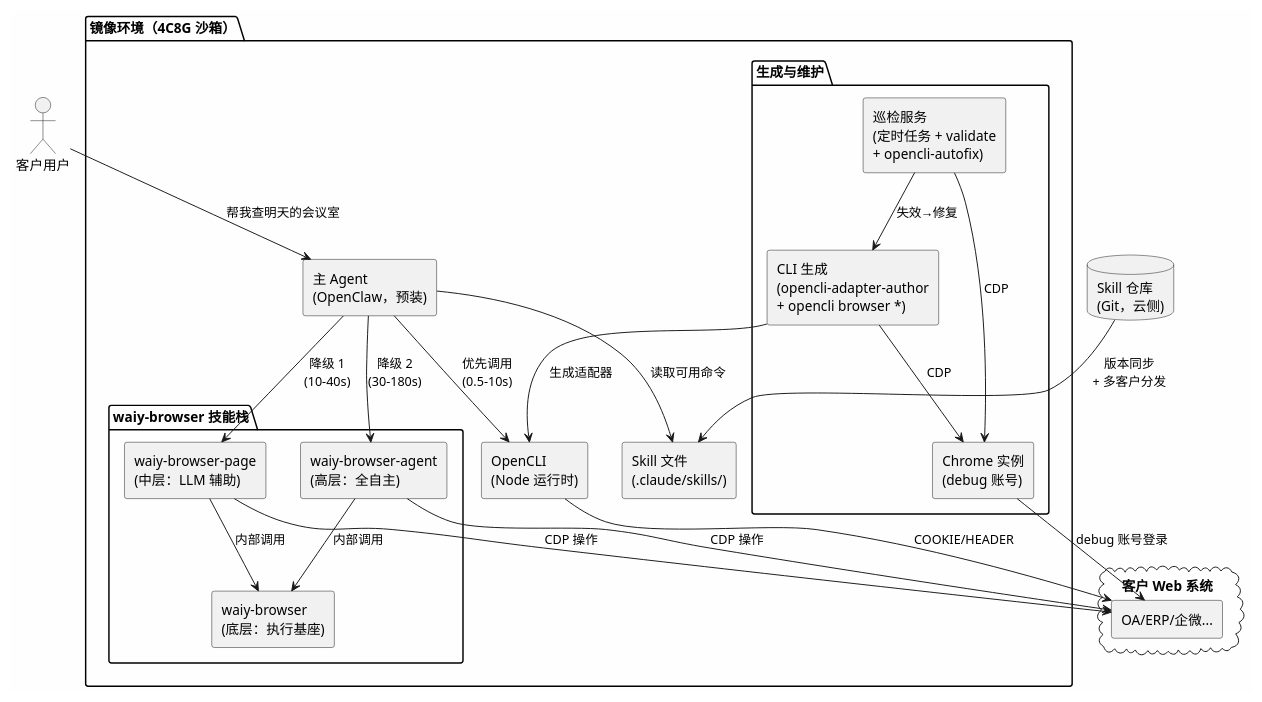
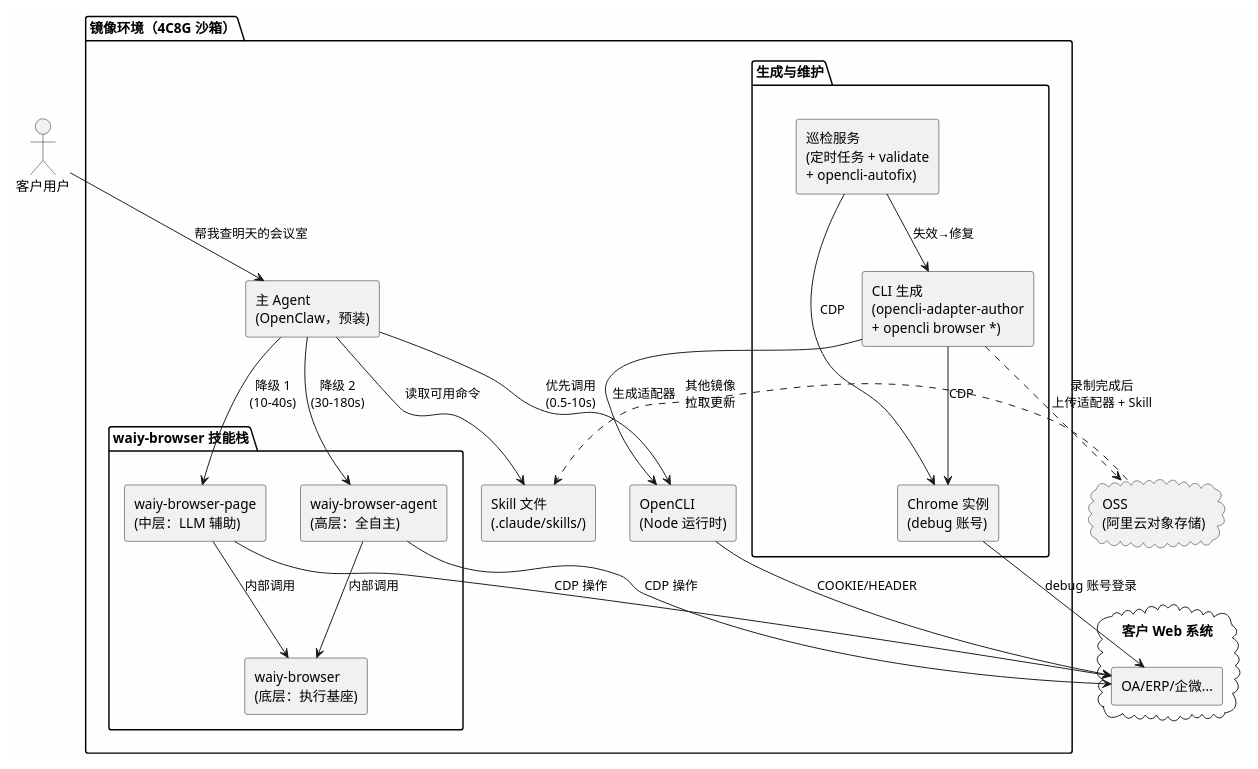
The fifth of 7 diagrams in doc/office-automation-architecture.md (shadow-cyan/OpenCLI), drawn with PlantUML before and after one commit. The commit also changed other lines of this file, not shown here.

First line of the commit message:
docs(architecture): replace Git repo with OSS distribution (沙箱→OSS→其他镜像)

````diff
--- a/doc/office-automation-architecture.md
+++ b/doc/office-automation-architecture.md
@@ -467,54 +467,55 @@
 ```plantuml
 @startuml
 skinparam componentStyle rectangle
 skinparam backgroundColor #FEFEFE
 
 actor "客户用户" as User
 
 package "镜像环境（4C8G 沙箱）" {
   [主 Agent\n(OpenClaw，预装)] as CC
   [OpenCLI\n(Node 运行时)] as OC
 
   package "waiy-browser 技能栈" {
     [waiy-browser-page\n(中层：LLM 辅助)] as BP
     [waiy-browser-agent\n(高层：全自主)] as BA
     [waiy-browser\n(底层：执行基座)] as BW
 
     BP --> BW : 内部调用
     BA --> BW : 内部调用
   }
 
   package "生成与维护" {
     [CLI 生成\n(opencli-adapter-author\n+ opencli browser *)] as Factory
     [巡检服务\n(定时任务 + validate\n+ opencli-autofix)] as Patrol
     [Chrome 实例\n(debug 账号)] as Chrome
 
     Factory --> Chrome : CDP
     Patrol --> Chrome : CDP
     Patrol --> Factory : 失效→修复
   }
 
   [Skill 文件\n(.claude/skills/)] as Skill
 
   CC --> Skill : 读取可用命令
   CC --> OC : 优先调用\n(0.5-10s)
   CC --> BP : 降级 1\n(10-40s)
   CC --> BA : 降级 2\n(30-180s)
   Factory --> OC : 生成适配器
 }
 
-database "Skill 仓库\n(Git，云侧)" as Repo
+cloud "OSS\n(阿里云对象存储)" as OSS
 
 cloud "客户 Web 系统" {
   [OA/ERP/企微...] as WebSys
 }
 
 User --> CC : "帮我查明天的会议室"
-Repo --> Skill : 版本同步\n+ 多客户分发
+Factory ..> OSS : 录制完成后\n上传适配器 + Skill
+OSS ..> Skill : 其他镜像\n拉取更新
 OC --> WebSys : COOKIE/HEADER
 BP --> WebSys : CDP 操作
 BA --> WebSys : CDP 操作
 Chrome --> WebSys : debug 账号登录
 
 @enduml
 ```
````
